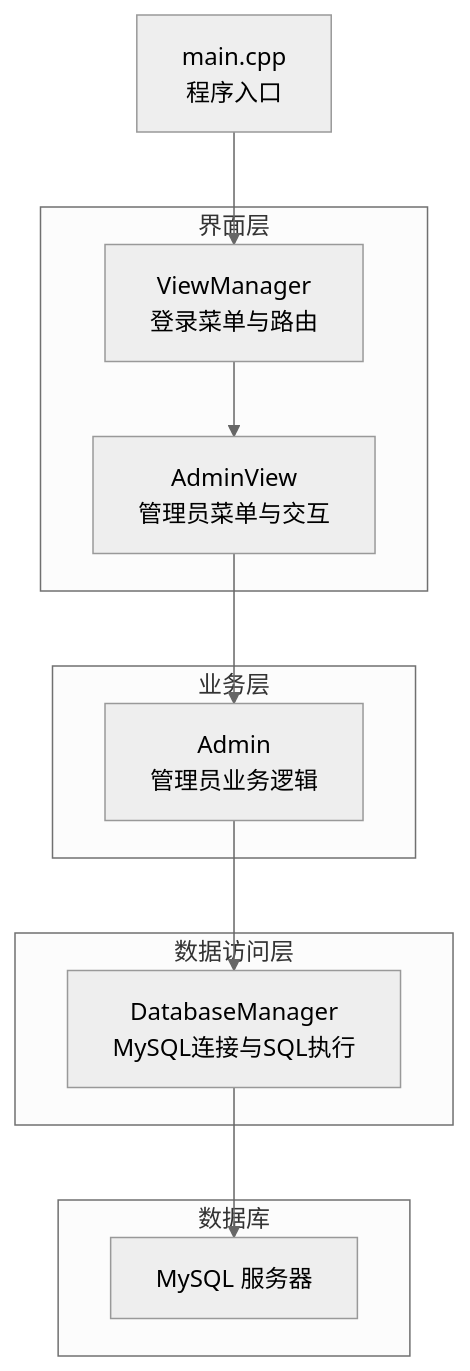
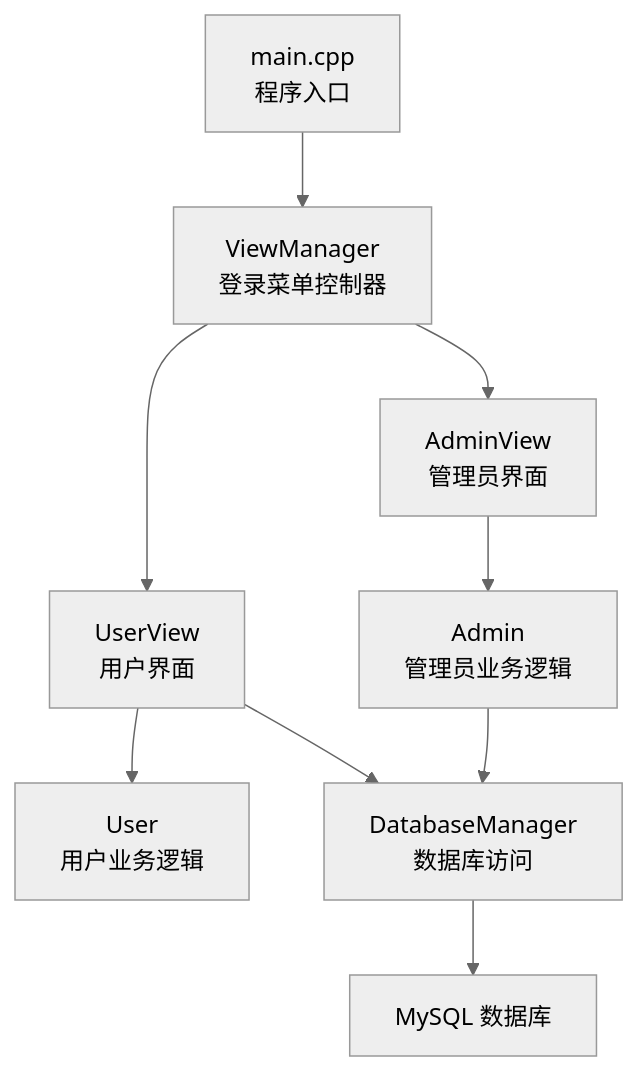
The first of 7 diagrams in .qoder/repowiki/zh/content/核心模块详解/管理员模块.md (jinpeng900/OJ-Test), drawn with Mermaid (neutral theme) before and after one commit. The commit also changed other lines of this file and 147 other files, not shown here.

````diff
--- a/.qoder/repowiki/zh/content/核心模块详解/管理员模块.md
+++ b/.qoder/repowiki/zh/content/核心模块详解/管理员模块.md
@@ -52,21 +50,11 @@
 ```mermaid
 graph TB
-subgraph "界面层"
-VM["ViewManager<br/>登录菜单与路由"]
-AV["AdminView<br/>管理员菜单与交互"]
-end
-subgraph "业务层"
-ADM["Admin<br/>管理员业务逻辑"]
-end
-subgraph "数据访问层"
-DBM["DatabaseManager<br/>MySQL连接与SQL执行"]
-end
-subgraph "数据库"
-MYSQL["MySQL 服务器"]
-end
-MAIN["main.cpp<br/>程序入口"] --> VM
-VM --> AV
-AV --> ADM
-ADM --> DBM
-DBM --> MYSQL
+main["main.cpp<br/>程序入口"] --> vm["ViewManager<br/>登录菜单控制器"]
+vm --> av["AdminView<br/>管理员界面"]
+vm --> uv["UserView<br/>用户界面"]
+av --> admin["Admin<br/>管理员业务逻辑"]
+uv --> user["User<br/>用户业务逻辑"]
+admin --> dbm["DatabaseManager<br/>数据库访问"]
+uv --> dbm
+dbm --> mysql["MySQL 数据库"]
 ```
````
